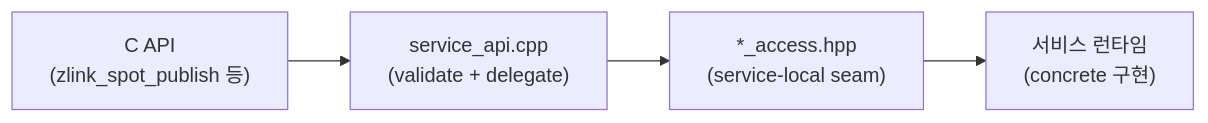
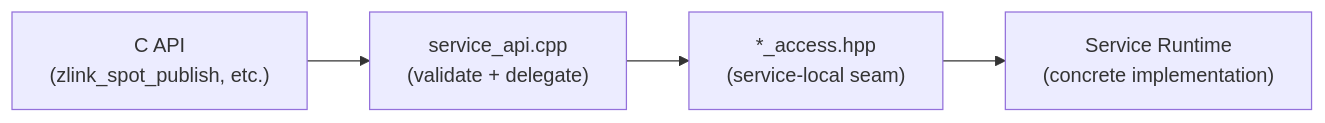
Before and after one commit to kairos-code-dev/zlink: the second of 3 diagrams in doc/guide/07-0-services.ko.md, drawn with Mermaid. The commit also changed other lines of this file and 53 other files, not shown here.

````diff
--- a/doc/guide/07-0-services.ko.md
+++ b/doc/guide/07-0-services.ko.md
@@ -120,6 +120,6 @@
 ```mermaid
 flowchart LR
-    A["C API<br/>(zlink_spot_publish 등)"] --> B["service_api.cpp<br/>(validate + delegate)"]
+    A["C API<br/>(zlink_spot_publish, etc.)"] --> B["service_api.cpp<br/>(validate + delegate)"]
     B --> C["*_access.hpp<br/>(service-local seam)"]
-    C --> D["서비스 런타임<br/>(concrete 구현)"]
+    C --> D["Service Runtime<br/>(concrete implementation)"]
 ```
````
